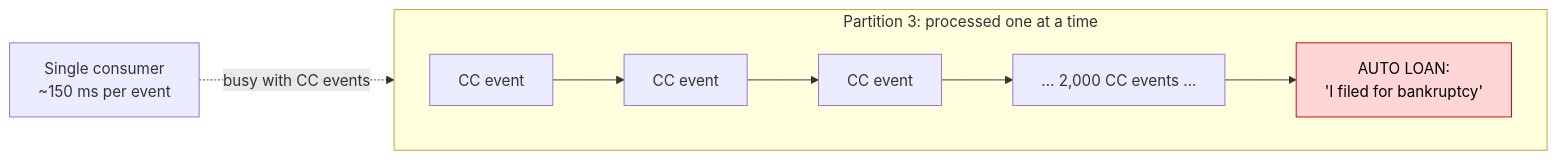
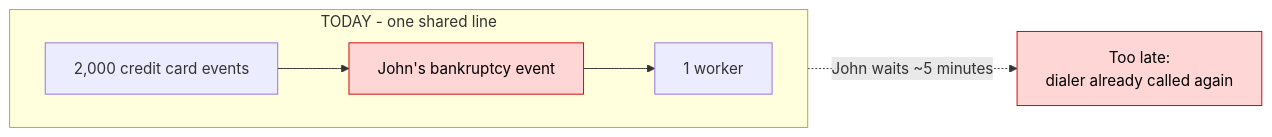
Before and after one commit to eresh-thekbr/multi-tenant-streaming: the fourth of 7 diagrams in docs/problem-statement.md, drawn with Mermaid. The commit also changed other lines of this file, not shown here.

Commit message:
Rewrite problem section as a timeline with clear before/after diagrams

````diff
--- a/docs/problem-statement.md
+++ b/docs/problem-statement.md
@@ -100,9 +144,10 @@
 ```mermaid
 flowchart LR
-    subgraph P3["Partition 3: processed one at a time"]
+    subgraph Today["TODAY - one shared line"]
         direction LR
-        E1["CC event"] --> E2["CC event"] --> E3["CC event"] --> E4["... 2,000 CC events ..."] --> E5["AUTO LOAN:<br/>'I filed for bankruptcy'"]
+        T1["2,000 credit card events"] --> T2["John's bankruptcy event"] --> T3["1 worker"]
     end
-    W["Single consumer<br/>~150 ms per event"] -. "busy with CC events" .-> E1
-    style E5 fill:#ffd6d6,stroke:#c00,color:#000
+    T3 -. "John waits ~5 minutes" .-> X["Too late:<br/>dialer already called again"]
+    style T2 fill:#ffd6d6,stroke:#c00,color:#000
+    style X fill:#ffd6d6,stroke:#c00,color:#000
 ```
````
